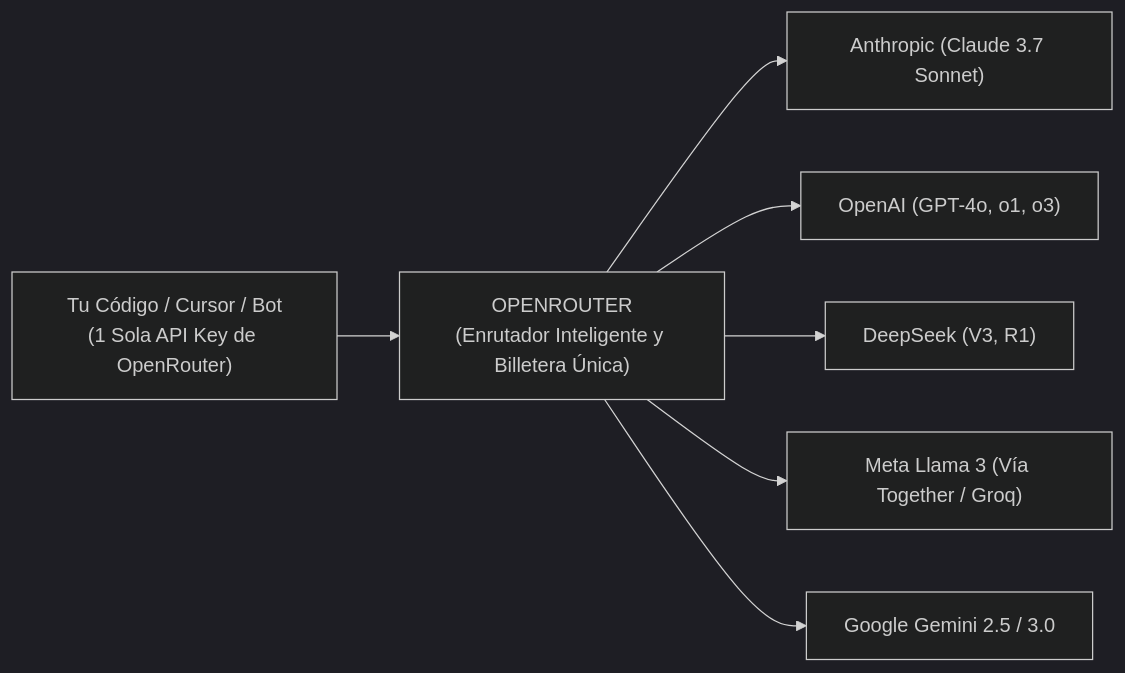
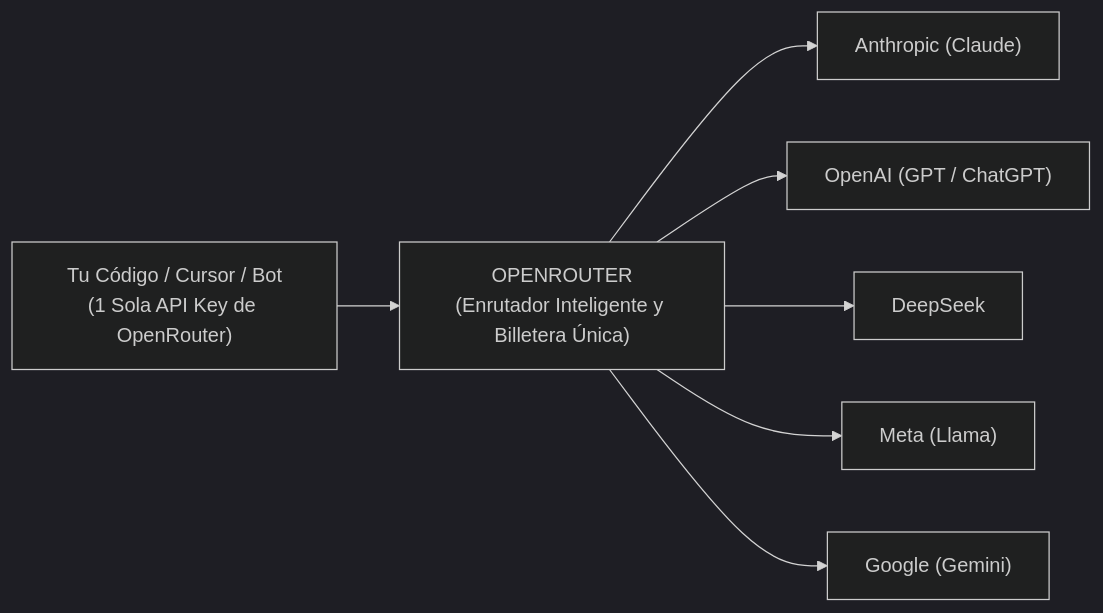
Before and after one commit to moisesrojasp89-Dev/Guia-de-desarrollo-asistido-con-IA: the diagram in docs/12-el-ecosistema-de-herramientas-y-harnesses/02-que-es-openrouter-el-mercado-central-de-modelos.md, drawn with Mermaid (dark theme). The commit also changed other lines of this file and 2 other files, not shown here.

Commit message:
refactor: simplificar modelos a familias atemporales sin versiones volatiles

````diff
--- a/docs/12-el-ecosistema-de-herramientas-y-harnesses/02-que-es-openrouter-el-mercado-central-de-modelos.md
+++ b/docs/12-el-ecosistema-de-herramientas-y-harnesses/02-que-es-openrouter-el-mercado-central-de-modelos.md
@@ -22,10 +22,10 @@
 ```mermaid
 flowchart LR
     TU_APP["Tu Código / Cursor / Bot\n(1 Sola API Key de OpenRouter)"] --> OR["OPENROUTER\n(Enrutador Inteligente y Billetera Única)"]
     
-    OR --> CLAUDE["Anthropic (Claude 3.7 Sonnet)"]
-    OR --> OPENAI["OpenAI (GPT-4o, o1, o3)"]
-    OR --> DEEPSEEK["DeepSeek (V3, R1)"]
-    OR --> META["Meta Llama 3 (Vía Together / Groq)"]
-    OR --> GEMINI["Google Gemini 2.5 / 3.0"]
+    OR --> CLAUDE["Anthropic (Claude)"]
+    OR --> OPENAI["OpenAI (GPT / ChatGPT)"]
+    OR --> DEEPSEEK["DeepSeek"]
+    OR --> META["Meta (Llama)"]
+    OR --> GEMINI["Google (Gemini)"]
 ```
````
